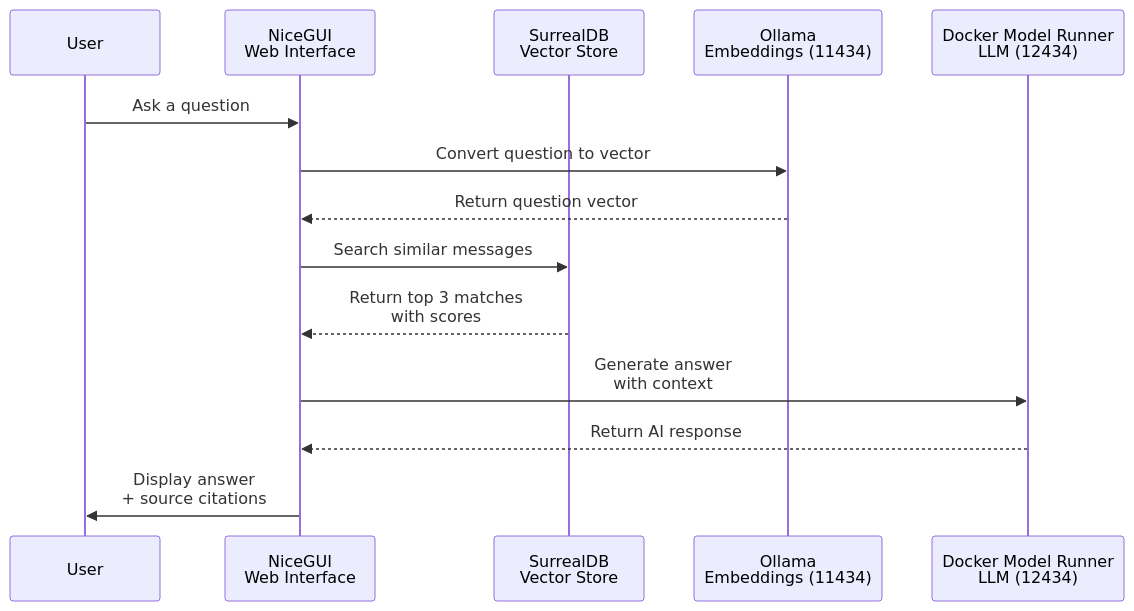
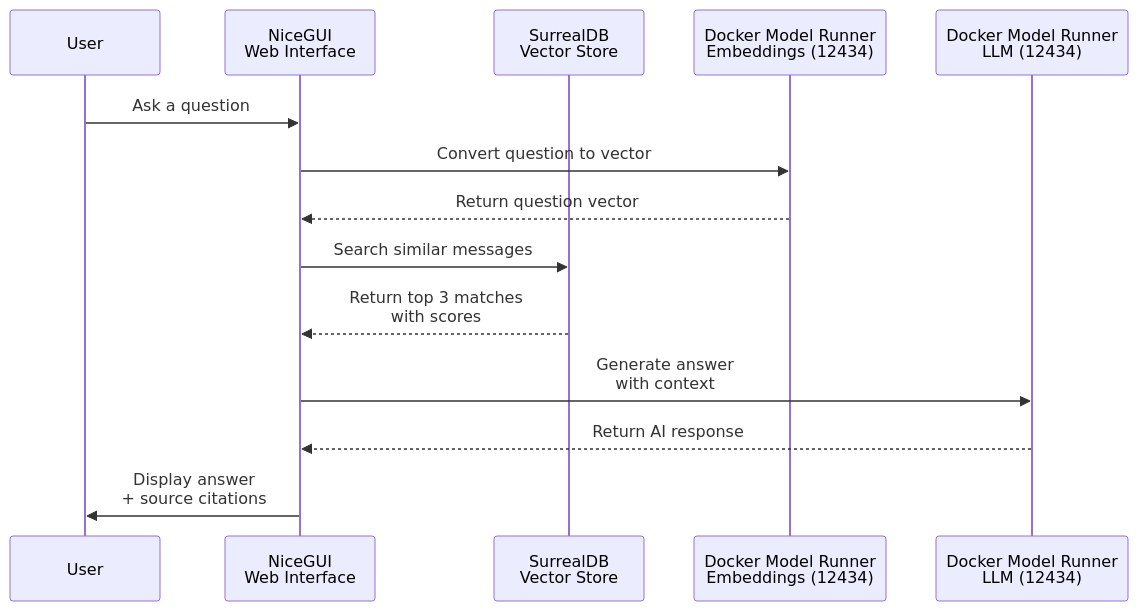
The third of 4 diagrams in README.md (Raveendiran-RR/surrealdb-rag-demo), drawn with Mermaid before and after one commit. The commit also changed other lines of this file, not shown here.

````diff
--- a/README.md
+++ b/README.md
@@ -227,17 +206,17 @@
 ```mermaid
 sequenceDiagram
     participant User
     participant UI as NiceGUI<br/>Web Interface
     participant VectorStore as SurrealDB<br/>Vector Store
-    participant Embedder as Ollama<br/>Embeddings (11434)
+    participant Embedder as Docker Model Runner<br/>Embeddings (12434)
     participant LLM as Docker Model Runner<br/>LLM (12434)
 
     User->>UI: Ask a question
     UI->>Embedder: Convert question to vector
     Embedder-->>UI: Return question vector
     UI->>VectorStore: Search similar messages
     VectorStore-->>UI: Return top 3 matches<br/>with scores
     UI->>LLM: Generate answer<br/>with context
     LLM-->>UI: Return AI response
     UI->>User: Display answer<br/>+ source citations
 ```
````
